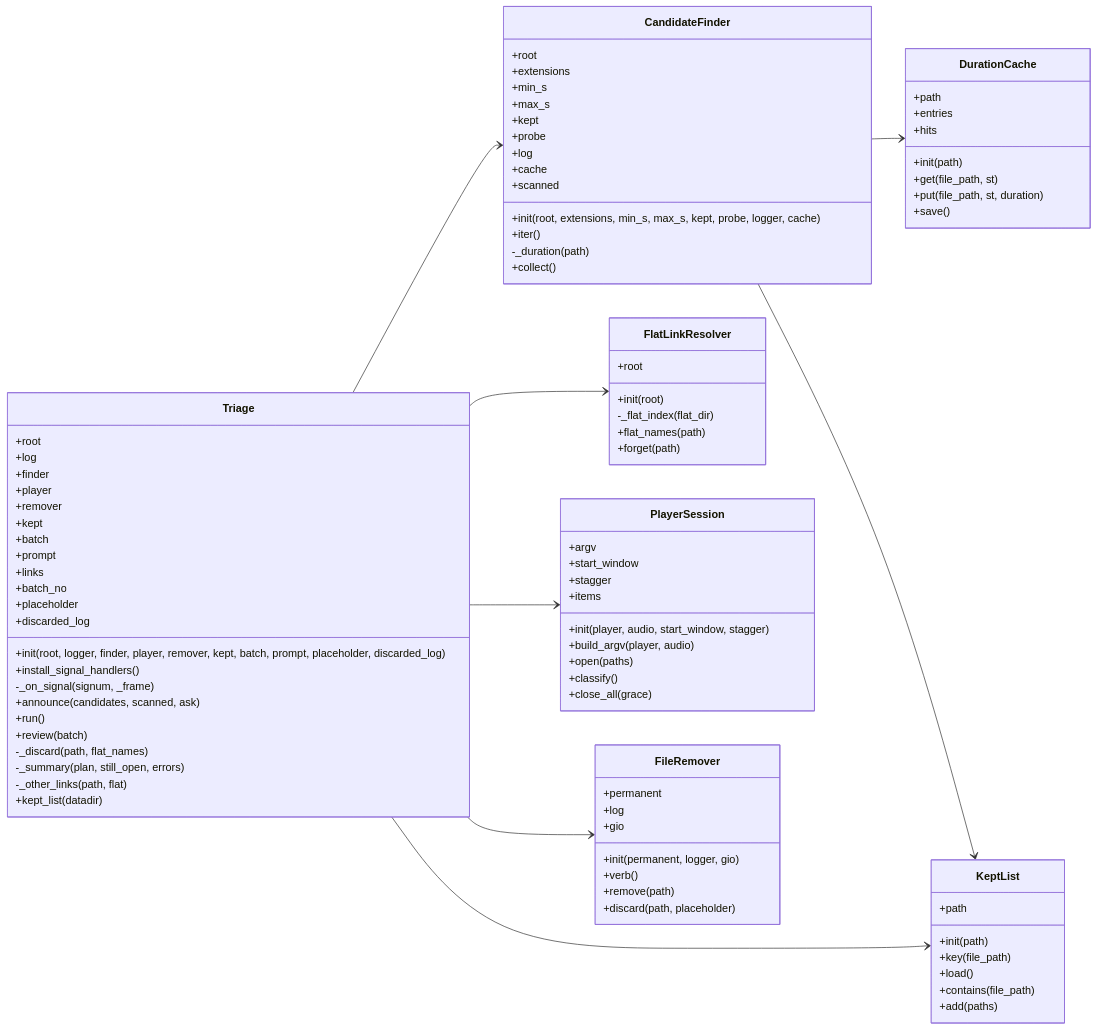
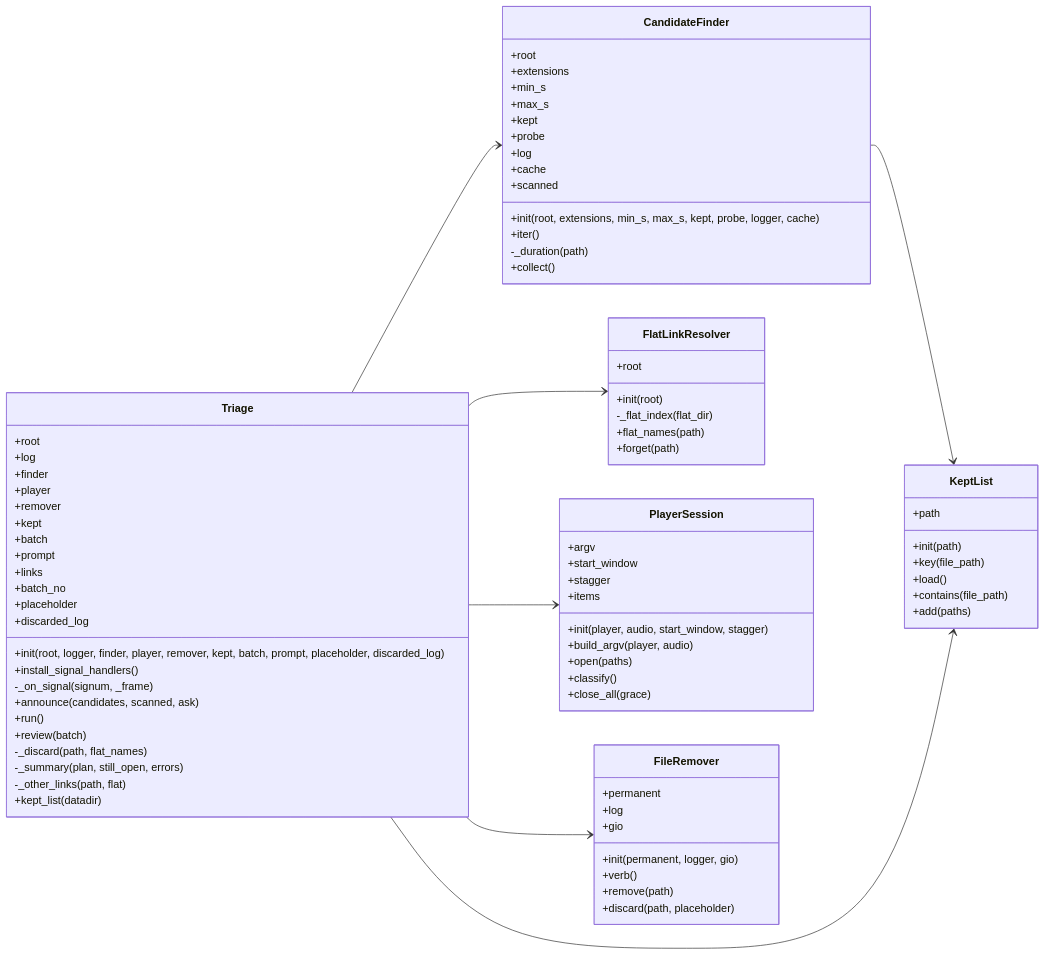
One commit to peddanet/mediatools changed the diagram in docs/img/uml_triage.mmd. Above: the diagram before and after it, drawn with Mermaid. The commit also changed 29 other files, not shown here.

```diff
--- a/docs/img/uml_triage.mmd
+++ b/docs/img/uml_triage.mmd
@@ -1,92 +1,82 @@
 classDiagram
   direction LR
   class CandidateFinder {
     +root
     +extensions
     +min_s
     +max_s
     +kept
     +probe
     +log
     +cache
     +scanned
     +init(root, extensions, min_s, max_s, kept, probe, logger, cache)
     +iter()
     -_duration(path)
     +collect()
-  }
-  class DurationCache {
-    +path
-    +entries
-    +hits
-    +init(path)
-    +get(file_path, st)
-    +put(file_path, st, duration)
-    +save()
   }
   class KeptList {
     +path
     +init(path)
     +key(file_path)
     +load()
     +contains(file_path)
     +add(paths)
   }
   class FlatLinkResolver {
     +root
     +init(root)
     -_flat_index(flat_dir)
     +flat_names(path)
     +forget(path)
   }
   class PlayerSession {
     +argv
     +start_window
     +stagger
     +items
     +init(player, audio, start_window, stagger)
     +build_argv(player, audio)
     +open(paths)
     +classify()
     +close_all(grace)
   }
   class FileRemover {
     +permanent
     +log
     +gio
     +init(permanent, logger, gio)
     +verb()
     +remove(path)
     +discard(path, placeholder)
   }
   class Triage {
     +root
     +log
     +finder
     +player
     +remover
     +kept
     +batch
     +prompt
     +links
     +batch_no
     +placeholder
     +discarded_log
     +init(root, logger, finder, player, remover, kept, batch, prompt, placeholder, discarded_log)
     +install_signal_handlers()
     -_on_signal(signum, _frame)
     +announce(candidates, scanned, ask)
     +run()
     +review(batch)
     -_discard(path, flat_names)
     -_summary(plan, still_open, errors)
     -_other_links(path, flat)
     +kept_list(datadir)
   }
-  CandidateFinder --> DurationCache
   CandidateFinder --> KeptList
   Triage --> CandidateFinder
   Triage --> FileRemover
   Triage --> FlatLinkResolver
   Triage --> KeptList
   Triage --> PlayerSession
```
